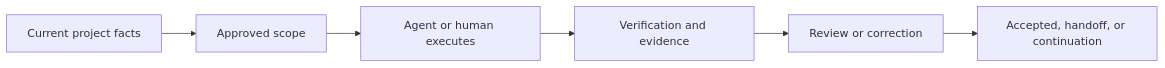
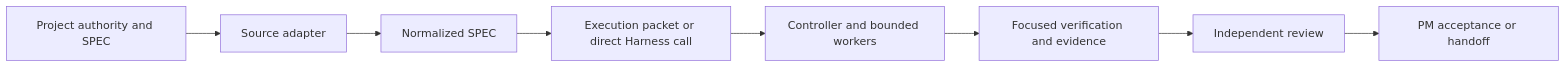
Before and after one commit to JoeKeepGo/SAGE-Kit: the diagram in README.md, drawn with Mermaid. The commit also changed other lines of this file and 4 other files, not shown here.

````diff
--- a/README.md
+++ b/README.md
@@ -106,8 +53,10 @@
 ```mermaid
 flowchart LR
-  A["Current project facts"] --> B["Approved scope"]
-  B --> C["Agent or human executes"]
-  C --> D["Verification and evidence"]
-  D --> E["Review or correction"]
-  E --> F["Accepted, handoff, or continuation"]
+  A["Project authority and SPEC"] --> B["Source adapter"]
+  B --> C["Normalized SPEC"]
+  C --> D["Execution packet or direct Harness call"]
+  D --> E["Controller and bounded workers"]
+  E --> F["Focused verification and evidence"]
+  F --> G["Independent review"]
+  G --> H["PM acceptance or handoff"]
 ```
````
